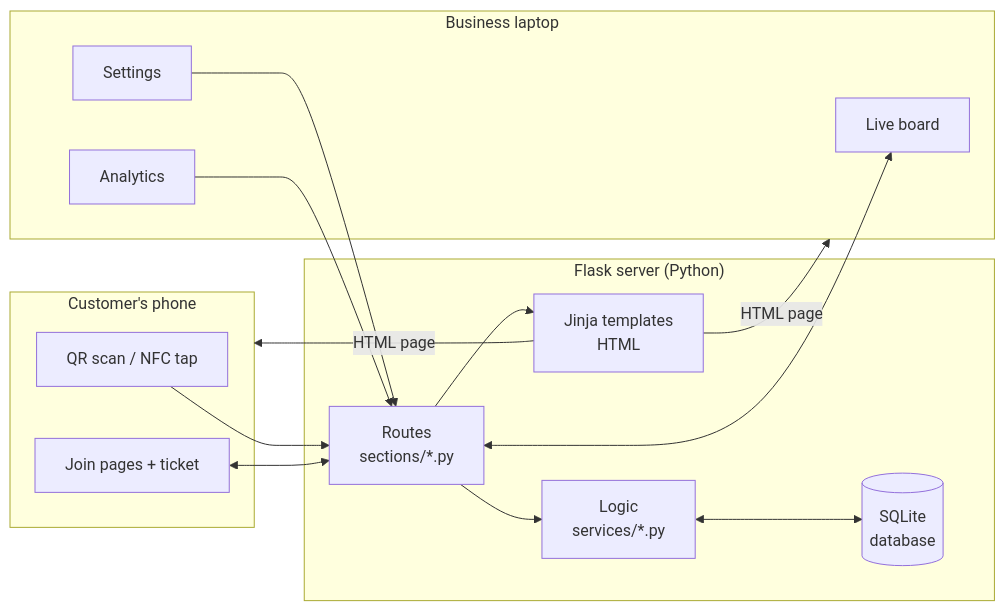
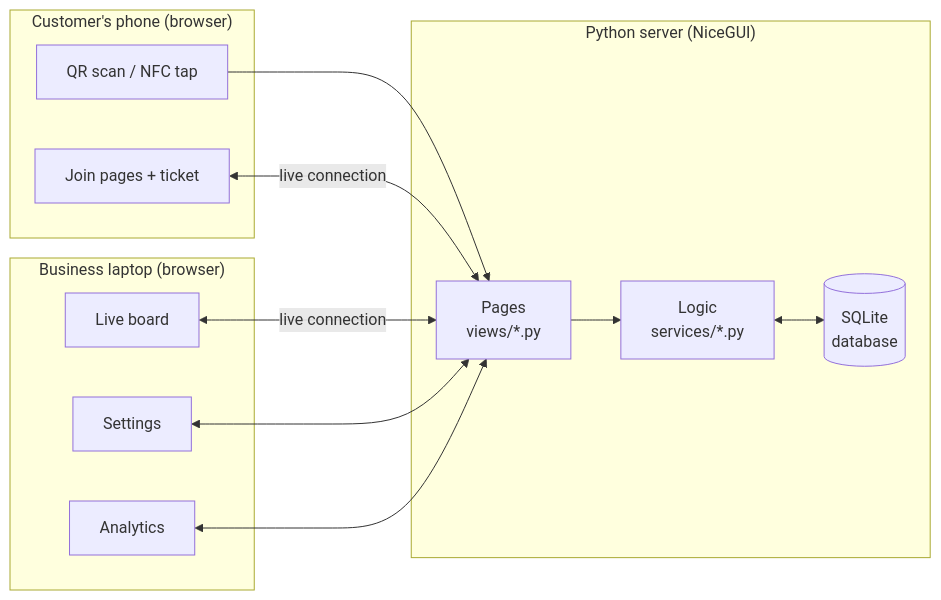
Before and after one commit to unwacko/dashQ_deployed: the first of 11 diagrams in dashQ_how_it_works.md, drawn with Mermaid. The commit also changed other lines of this file and 60 other files, not shown here.

First line of the commit message:
Rewrite dashQ in Python only with NiceGUI

````diff
--- a/dashQ_how_it_works.md
+++ b/dashQ_how_it_works.md
@@ -108,29 +108,25 @@
 ```mermaid
 flowchart LR
-    subgraph Phone["Customer's phone"]
+    subgraph Phone["Customer's phone (browser)"]
         C1[QR scan / NFC tap]
         C2[Join pages + ticket]
     end
-    subgraph Laptop["Business laptop"]
+    subgraph Laptop["Business laptop (browser)"]
         B1[Live board]
         B2[Settings]
         B3[Analytics]
     end
-    subgraph Server["Flask server (Python)"]
-        R[Routes<br/>sections/*.py]
+    subgraph Server["Python server (NiceGUI)"]
+        V[Pages<br/>views/*.py]
         S[Logic<br/>services/*.py]
-        T[Jinja templates<br/>HTML]
         D[(SQLite<br/>database)]
     end
 
-    C1 --> R
-    C2 <--> R
-    B1 <--> R
-    B2 --> R
-    B3 --> R
-    R --> S
+    C1 --> V
+    C2 <-->|live connection| V
+    B1 <-->|live connection| V
+    B2 <--> V
+    B3 <--> V
+    V --> S
     S <--> D
-    R --> T
-    T -->|HTML page| Phone
-    T -->|HTML page| Laptop
 ```
````
